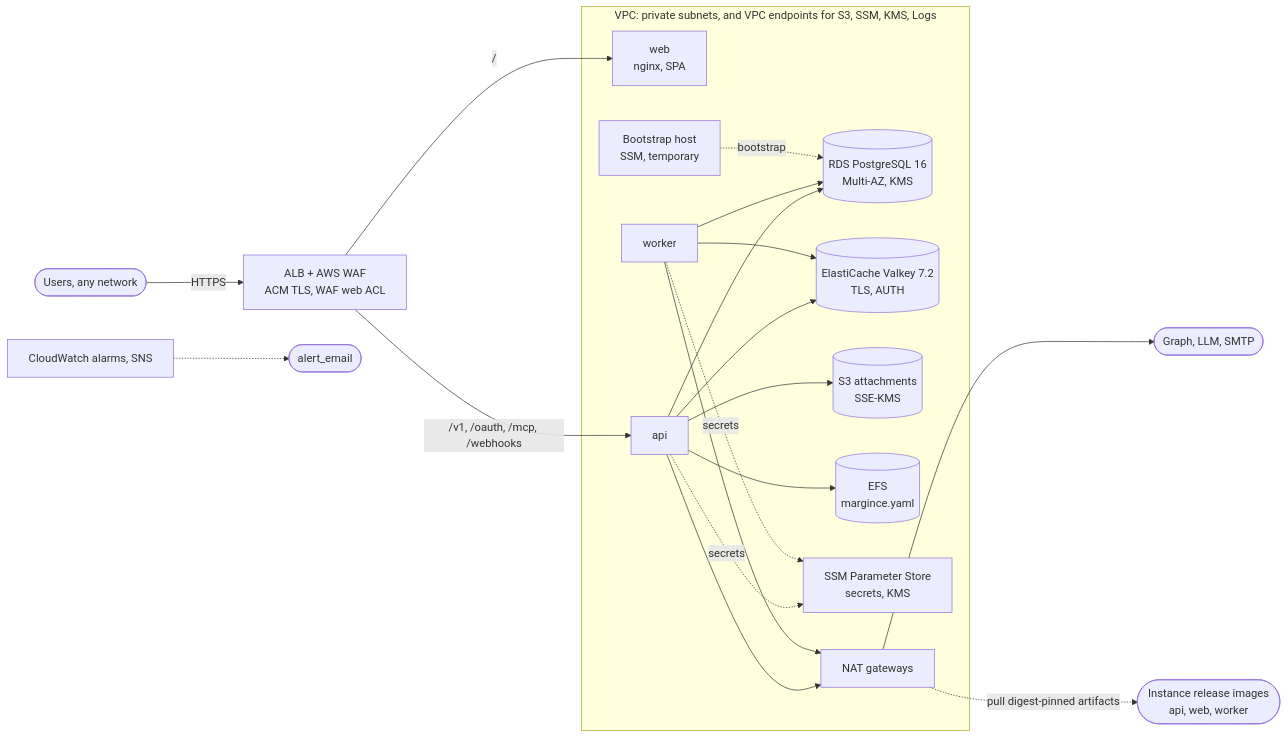
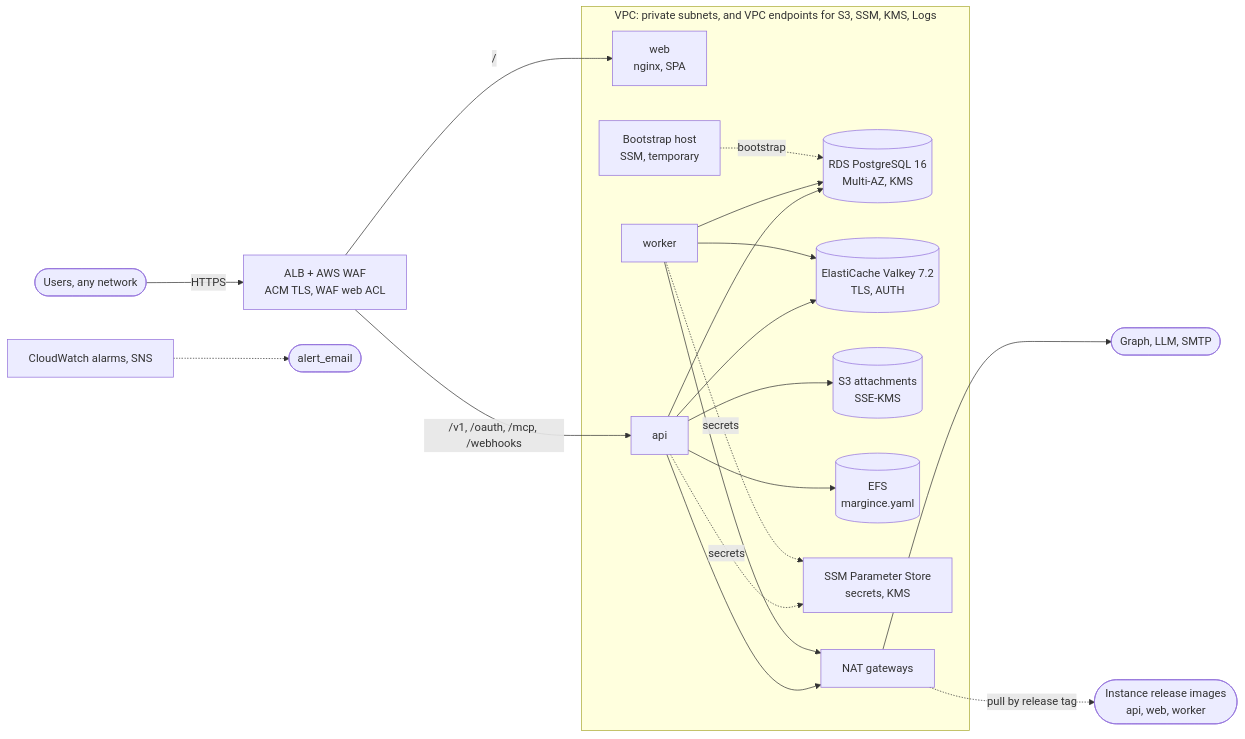
One commit to margince/template changed the diagram in deploy/production/aws/standard/README.md. Above: the diagram before and after it, drawn with Mermaid. The commit also changed other lines of this file and 27 other files, not shown here.

First line of the commit message:
refactor(deploy): the standard stacks run one release by tag and ship with make deploy

````diff
--- a/deploy/production/aws/standard/README.md
+++ b/deploy/production/aws/standard/README.md
@@ -20,32 +20,32 @@
 ```mermaid
 flowchart LR
   users(["Users, any network"]) -->|"HTTPS"| alb["ALB + AWS WAF<br/>ACM TLS, WAF web ACL"]
   subgraph vpc["VPC: private subnets, and VPC endpoints for S3, SSM, KMS, Logs"]
     web["web<br/>nginx, SPA"]
     api["api"]
     worker["worker"]
     pg[("RDS PostgreSQL 16<br/>Multi-AZ, KMS")]
     cache[("ElastiCache Valkey 7.2<br/>TLS, AUTH")]
     s3[("S3 attachments<br/>SSE-KMS")]
     efs[("EFS<br/>margince.yaml")]
     ssm["SSM Parameter Store<br/>secrets, KMS"]
     nat["NAT gateways"]
     ops["Bootstrap host<br/>SSM, temporary"]
   end
   alb -->|"/"| web
   alb -->|"/v1, /oauth, /mcp, /webhooks"| api
   api --> pg
   api --> cache
   worker --> pg
   worker --> cache
   api --> s3
   api --> efs
   api -.->|"secrets"| ssm
   worker -.->|"secrets"| ssm
   api --> nat
   worker --> nat
   nat --> ext(["Graph, LLM, SMTP"])
-  nat -.->|"pull digest-pinned artifacts"| reg(["Instance release images<br/>api, web, worker"])
+  nat -.->|"pull by release tag"| reg(["Instance release images<br/>api, web, worker"])
   ops -.->|"bootstrap"| pg
   alarms["CloudWatch alarms, SNS"] -.-> mail(["alert_email"])
 ```
````
